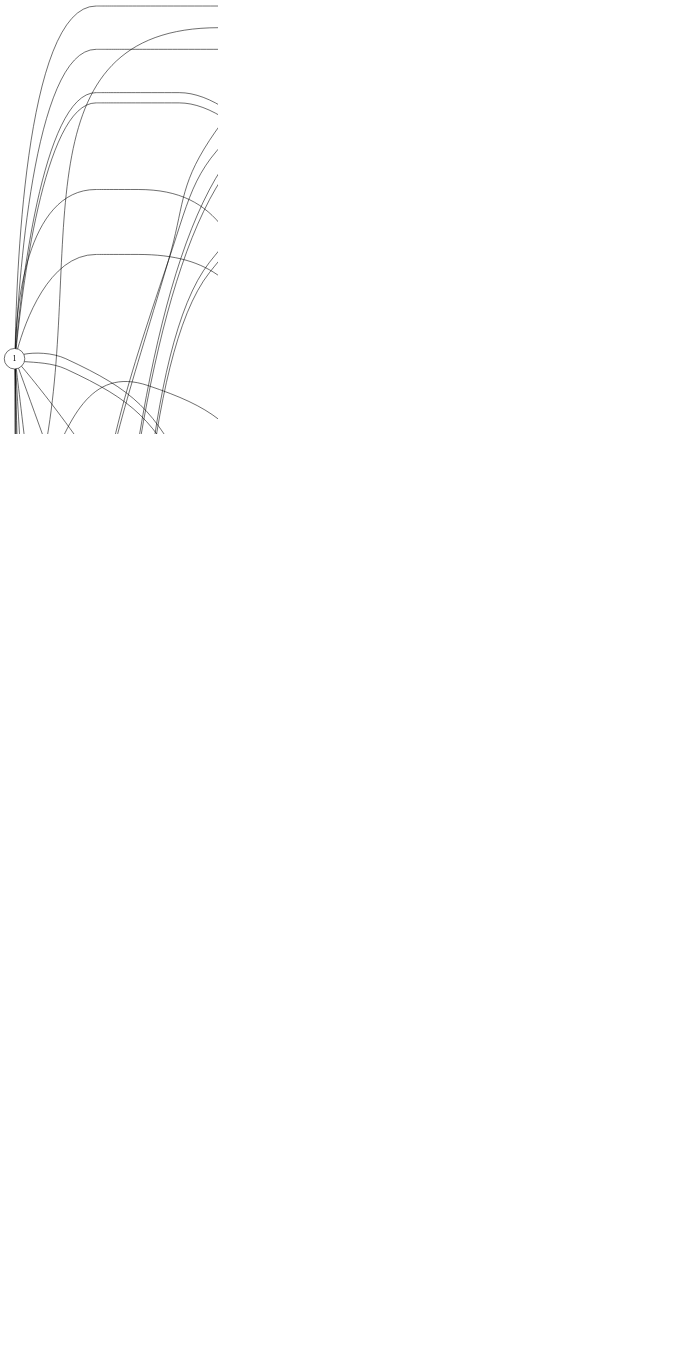
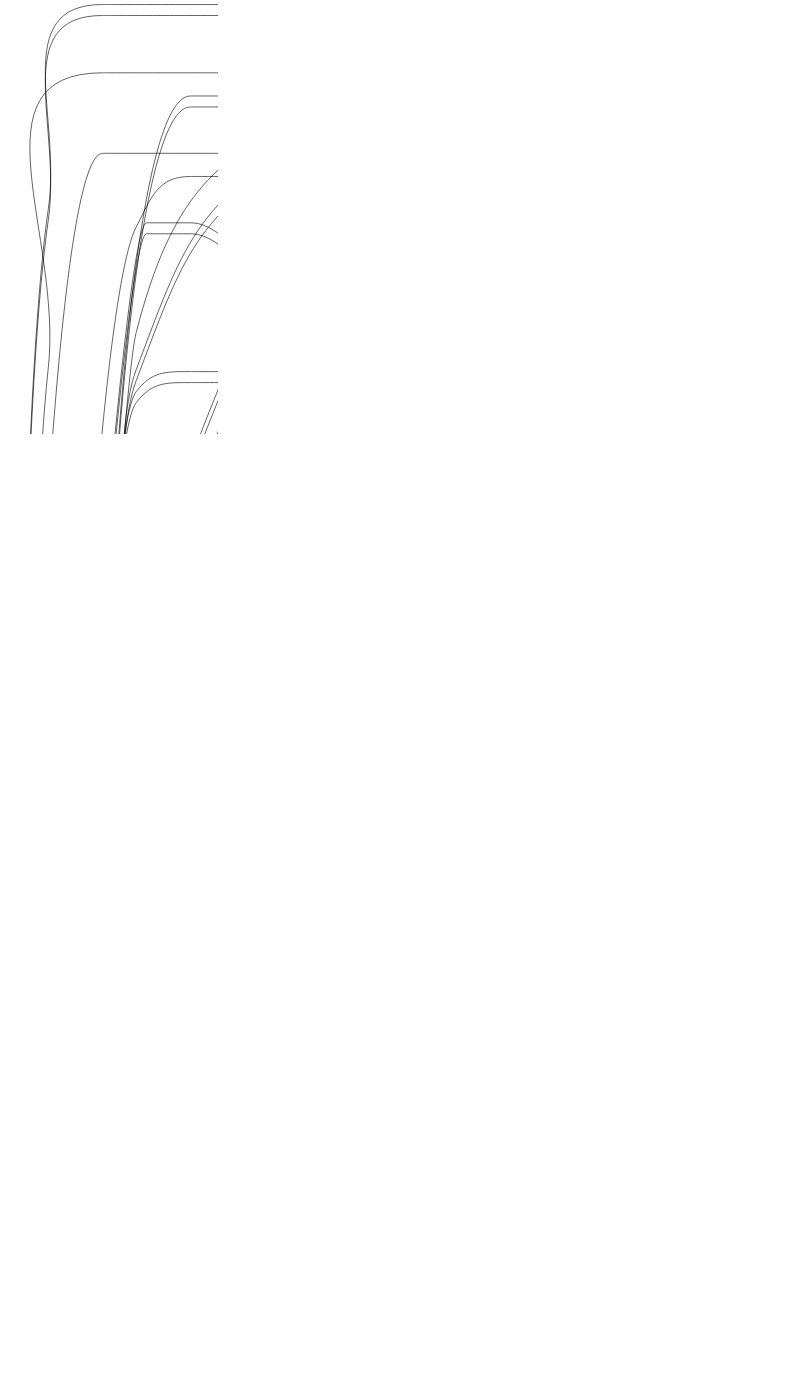
One commit to mickey-is-codin/data-structures changed the diagram in graphs-networks/c-networks/graphviz/20_node_matrix_graph_2.dot. Above: the diagram before and after it, drawn with Graphviz. The commit also changed 1 other file, not shown here.

Commit message:
regenerated last figure

```diff
--- a/graphs-networks/c-networks/graphviz/20_node_matrix_graph_2.dot
+++ b/graphs-networks/c-networks/graphviz/20_node_matrix_graph_2.dot
@@ -4,194 +4,201 @@
 	size="6,6";
 	rankdir="LR";
 
+	0 -- 1
 	0 -- 2
 	0 -- 3
 	0 -- 4
-	0 -- 4
 	0 -- 5
 	0 -- 6
-	0 -- 6
+	0 -- 7
 	0 -- 7
 	0 -- 8
-	0 -- 9
 	0 -- 10
-	0 -- 12
-	0 -- 12
-	0 -- 13
-	0 -- 15
-	0 -- 16
+	0 -- 14
+	0 -- 17
+	0 -- 17
 	0 -- 18
-	0 -- 19
+	0 -- 18
 	1 -- 2
+	1 -- 2
+	1 -- 3
 	1 -- 4
-	1 -- 5
 	1 -- 6
 	1 -- 7
 	1 -- 7
 	1 -- 8
+	1 -- 8
 	1 -- 9
 	1 -- 10
 	1 -- 11
-	1 -- 14
-	1 -- 14
+	1 -- 13
 	1 -- 15
-	1 -- 15
-	1 -- 17
-	1 -- 18
-	2 -- 3
+	1 -- 16
 	2 -- 3
 	2 -- 4
 	2 -- 4
 	2 -- 5
-	2 -- 7
+	2 -- 6
+	2 -- 6
 	2 -- 7
 	2 -- 8
+	2 -- 8
 	2 -- 9
-	2 -- 10
-	2 -- 12
-	2 -- 13
-	2 -- 13
+	2 -- 14
+	2 -- 14
 	2 -- 15
 	2 -- 16
 	2 -- 17
-	2 -- 18
 	2 -- 19
-	3 -- 5
-	3 -- 5
+	2 -- 19
+	3 -- 4
 	3 -- 6
+	3 -- 6
+	3 -- 7
+	3 -- 8
 	3 -- 8
 	3 -- 9
 	3 -- 10
 	3 -- 11
+	3 -- 12
+	3 -- 12
+	3 -- 13
 	3 -- 13
 	3 -- 14
-	3 -- 15
 	3 -- 15
 	3 -- 16
 	3 -- 17
 	3 -- 17
-	3 -- 18
-	3 -- 18
-	3 -- 19
-	3 -- 19
+	4 -- 5
 	4 -- 5
 	4 -- 6
-	4 -- 8
+	4 -- 6
+	4 -- 7
+	4 -- 7
+	4 -- 9
 	4 -- 9
 	4 -- 10
 	4 -- 11
+	4 -- 11
 	4 -- 12
-	4 -- 13
-	4 -- 13
+	4 -- 12
+	4 -- 14
 	4 -- 15
 	4 -- 15
-	4 -- 16
+	4 -- 17
 	4 -- 18
-	4 -- 18
+	4 -- 19
+	4 -- 19
 	5 -- 6
 	5 -- 6
 	5 -- 7
-	5 -- 8
-	5 -- 8
 	5 -- 9
+	5 -- 9
+	5 -- 10
+	5 -- 10
 	5 -- 11
+	5 -- 11
+	5 -- 12
+	5 -- 12
 	5 -- 13
-	5 -- 16
-	5 -- 16
+	5 -- 13
+	5 -- 14
+	5 -- 15
+	5 -- 15
 	5 -- 17
-	5 -- 19
+	5 -- 18
+	5 -- 18
 	5 -- 19
 	6 -- 7
-	6 -- 8
+	6 -- 9
 	6 -- 9
 	6 -- 10
-	6 -- 10
 	6 -- 11
-	6 -- 11
-	6 -- 12
-	6 -- 12
-	6 -- 13
 	6 -- 13
 	6 -- 14
 	6 -- 15
-	6 -- 17
+	6 -- 15
 	6 -- 17
 	6 -- 18
-	6 -- 19
 	7 -- 8
 	7 -- 8
 	7 -- 9
+	7 -- 10
 	7 -- 10
 	7 -- 12
 	7 -- 12
 	7 -- 13
 	7 -- 13
-	7 -- 14
 	7 -- 15
-	7 -- 16
+	7 -- 15
 	7 -- 16
 	7 -- 17
 	7 -- 18
+	7 -- 18
+	7 -- 19
 	8 -- 9
-	8 -- 9
+	8 -- 10
+	8 -- 11
 	8 -- 11
 	8 -- 12
 	8 -- 13
-	8 -- 13
 	8 -- 14
 	8 -- 15
+	8 -- 15
 	8 -- 16
+	8 -- 17
+	8 -- 17
 	8 -- 18
+	8 -- 19
 	8 -- 19
 	9 -- 10
 	9 -- 11
 	9 -- 12
-	9 -- 14
+	9 -- 13
+	9 -- 15
 	9 -- 17
 	9 -- 18
-	9 -- 18
-	9 -- 19
-	10 -- 11
+	10 -- 12
 	10 -- 13
-	10 -- 14
 	10 -- 15
-	10 -- 16
 	10 -- 17
-	10 -- 17
+	10 -- 18
 	10 -- 19
 	11 -- 12
 	11 -- 13
 	11 -- 14
 	11 -- 15
 	11 -- 15
-	11 -- 16
-	11 -- 16
+	11 -- 17
 	11 -- 19
-	12 -- 13
+	12 -- 14
 	12 -- 15
 	12 -- 15
 	12 -- 16
-	12 -- 16
+	12 -- 17
 	12 -- 18
-	12 -- 19
 	12 -- 19
 	13 -- 14
 	13 -- 15
 	13 -- 16
-	13 -- 16
+	13 -- 17
+	13 -- 17
+	13 -- 18
+	13 -- 18
+	13 -- 19
+	14 -- 15
 	14 -- 16
+	14 -- 18
 	14 -- 18
 	14 -- 19
 	15 -- 16
-	15 -- 16
 	15 -- 17
-	15 -- 19
+	15 -- 18
+	15 -- 18
+	16 -- 17
 	16 -- 18
 	16 -- 18
-	16 -- 19
-	16 -- 19
 	17 -- 18
-	17 -- 19
-	18 -- 19
+	17 -- 18
 	18 -- 19
 }
```
